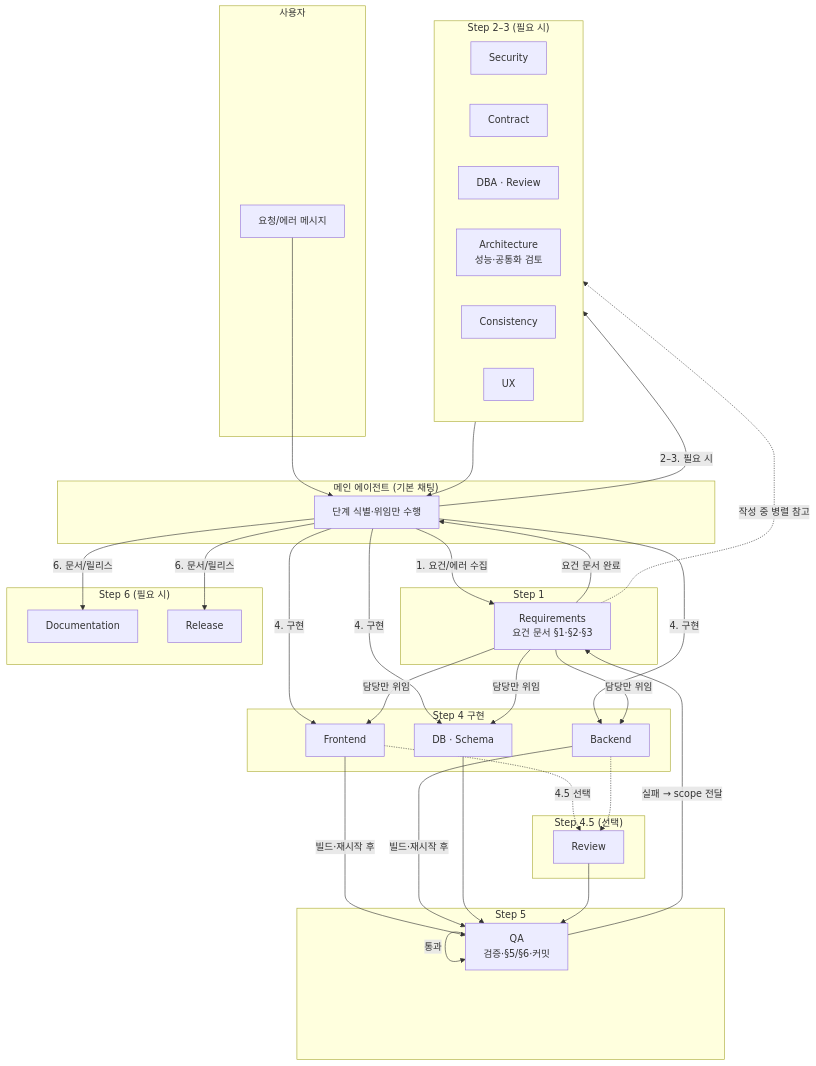
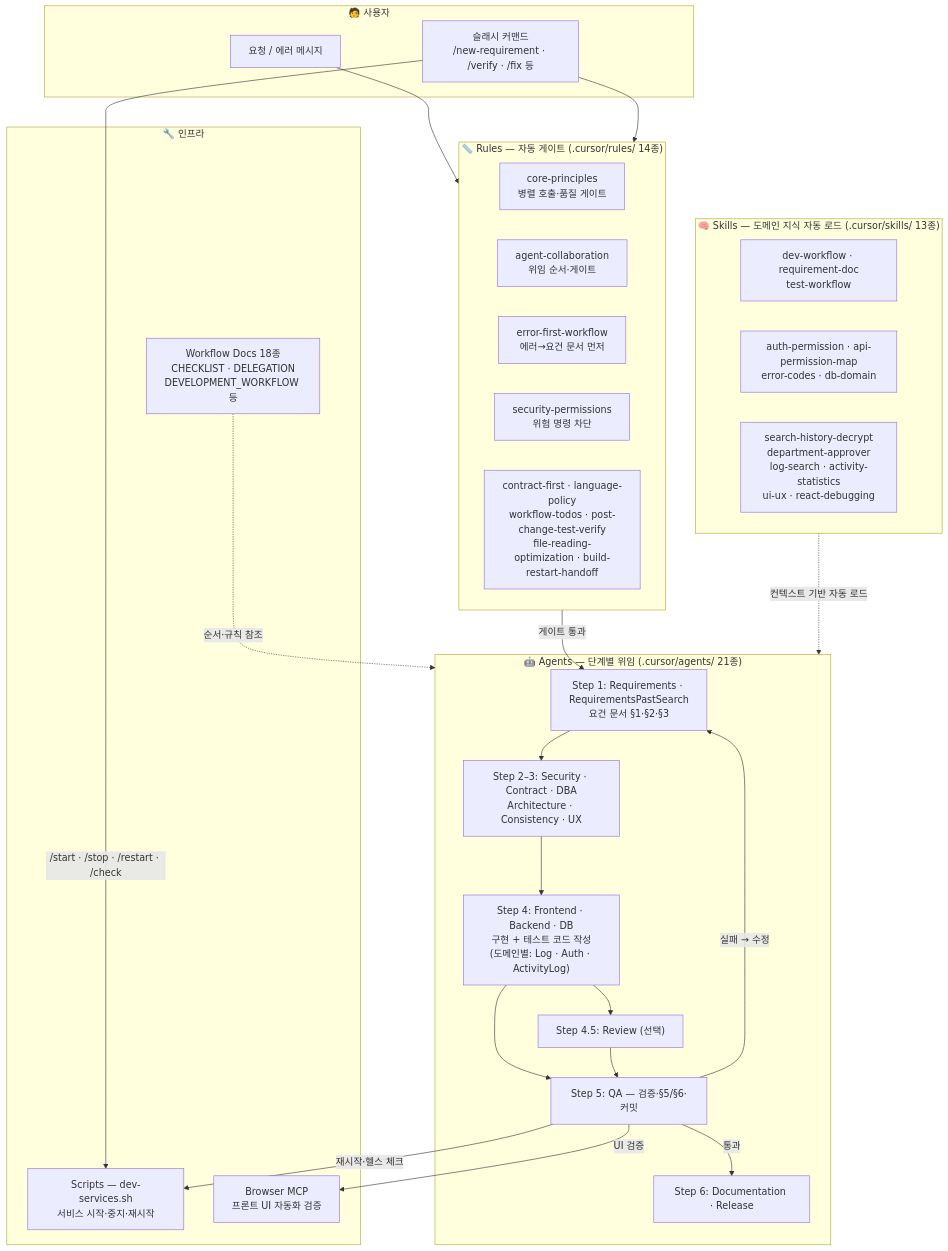
One commit to MinGH-dev/logmng changed the diagram in README.md. Above: the diagram before and after it, drawn with Mermaid. The commit also changed other lines of this file and 1 other file, not shown here.

First line of the commit message:
docs: replace subagent delegation flow with full tool workflow overview (Rules·Commands·Skills·Agents·Scripts·MCP)

````diff
--- a/README.md
+++ b/README.md
@@ -94,65 +96,54 @@
 ```mermaid
 flowchart TB
-  subgraph user["사용자"]
-    U[요청/에러 메시지]
+  subgraph input["🧑 사용자"]
+    U["요청 / 에러 메시지"]
+    CMD["슬래시 커맨드<br/>/new-requirement · /verify · /fix 등"]
   end
 
-  subgraph main["메인 에이전트 (기본 채팅)"]
-    M[단계 식별·위임만 수행]
+  subgraph rules["📏 Rules — 자동 게이트 (.cursor/rules/ 14종)"]
+    direction LR
+    R1["core-principles<br/>병렬 호출·품질 게이트"]
+    R2["agent-collaboration<br/>위임 순서·게이트"]
+    R3["error-first-workflow<br/>에러→요건 문서 먼저"]
+    R4["security-permissions<br/>위험 명령 차단"]
+    R5["contract-first · language-policy<br/>workflow-todos · post-change-test-verify<br/>file-reading-optimization · build-restart-handoff"]
   end
 
-  subgraph step1["Step 1"]
-    Req[Requirements<br/>요건 문서 §1·§2·§3]
+  subgraph skills["🧠 Skills — 도메인 지식 자동 로드 (.cursor/skills/ 13종)"]
+    direction LR
+    SK1["dev-workflow · requirement-doc<br/>test-workflow"]
+    SK2["auth-permission · api-permission-map<br/>error-codes · db-domain"]
+    SK3["search-history-decrypt<br/>department-approver<br/>log-search · activity-statistics<br/>ui-ux · react-debugging"]
   end
 
-  subgraph experts["Step 2–3 (필요 시)"]
-    Sec[Security]
-    Ctr[Contract]
-    DBA[DBA · Review]
-    Arch[Architecture<br/>성능·공통화 검토]
-    Cons[Consistency]
-    UX[UX]
+  subgraph agents["🤖 Agents — 단계별 위임 (.cursor/agents/ 21종)"]
+    A1["Step 1: Requirements · RequirementsPastSearch<br/>요건 문서 §1·§2·§3"]
+    A2["Step 2–3: Security · Contract · DBA<br/>Architecture · Consistency · UX"]
+    A3["Step 4: Frontend · Backend · DB<br/>구현 + 테스트 코드 작성<br/>(도메인별: Log · Auth · ActivityLog)"]
+    A4["Step 4.5: Review (선택)"]
+    A5["Step 5: QA — 검증·§5/§6·커밋"]
+    A6["Step 6: Documentation · Release"]
   end
 
-  subgraph step4["Step 4 구현"]
-    Fe[Frontend]
-    Be[Backend]
-    Db[DB · Schema]
+  subgraph infra["🔧 인프라"]
+    SCR["Scripts — dev-services.sh<br/>서비스 시작·중지·재시작"]
+    MCP["Browser MCP<br/>프론트 UI 자동화 검증"]
+    DOCS["Workflow Docs 18종<br/>CHECKLIST · DELEGATION<br/>DEVELOPMENT_WORKFLOW 등"]
   end
 
-  subgraph step45["Step 4.5 (선택)"]
-    Rev[Review]
-  end
-
-  subgraph step5["Step 5"]
-    QA[QA<br/>검증·§5/§6·커밋]
-  end
-
-  subgraph step6["Step 6 (필요 시)"]
-    Doc[Documentation]
-    Rel[Release]
-  end
-
-  U --> M
-  M -->|"1. 요건/에러 수집"| Req
-  Req -.->|"작성 중 병렬 참고"| experts
-  Req -->|"요건 문서 완료"| M
-  M -->|"2–3. 필요 시"| experts
-  experts --> M
-  M -->|"4. 구현"| Fe
-  M -->|"4. 구현"| Be
-  M -->|"4. 구현"| Db
-  Fe -->|"빌드·재시작 후"| QA
-  Be -->|"빌드·재시작 후"| QA
-  Db --> QA
-  Fe -.->|"4.5 선택"| Rev
-  Be -.-> Rev
-  Rev --> QA
-  QA -->|"통과"| QA
-  QA -->|"실패 → scope 전달"| Req
-  Req -->|"담당만 위임"| Fe
-  Req -->|"담당만 위임"| Be
-  Req -->|"담당만 위임"| Db
-  M -->|"6. 문서/릴리스"| Doc
-  M -->|"6. 문서/릴리스"| Rel
+  U --> rules
+  CMD --> rules
+  rules -->|"게이트 통과"| A1
+  skills -.->|"컨텍스트 기반 자동 로드"| agents
+  DOCS -.->|"순서·규칙 참조"| agents
+  A1 --> A2
+  A2 --> A3
+  A3 --> A4
+  A3 --> A5
+  A4 --> A5
+  A5 -->|"실패 → 수정"| A1
+  A5 -->|"통과"| A6
+  A5 -->|"재시작·헬스 체크"| SCR
+  A5 -->|"UI 검증"| MCP
+  CMD -->|"/start · /stop · /restart · /check"| SCR
 ```
````
